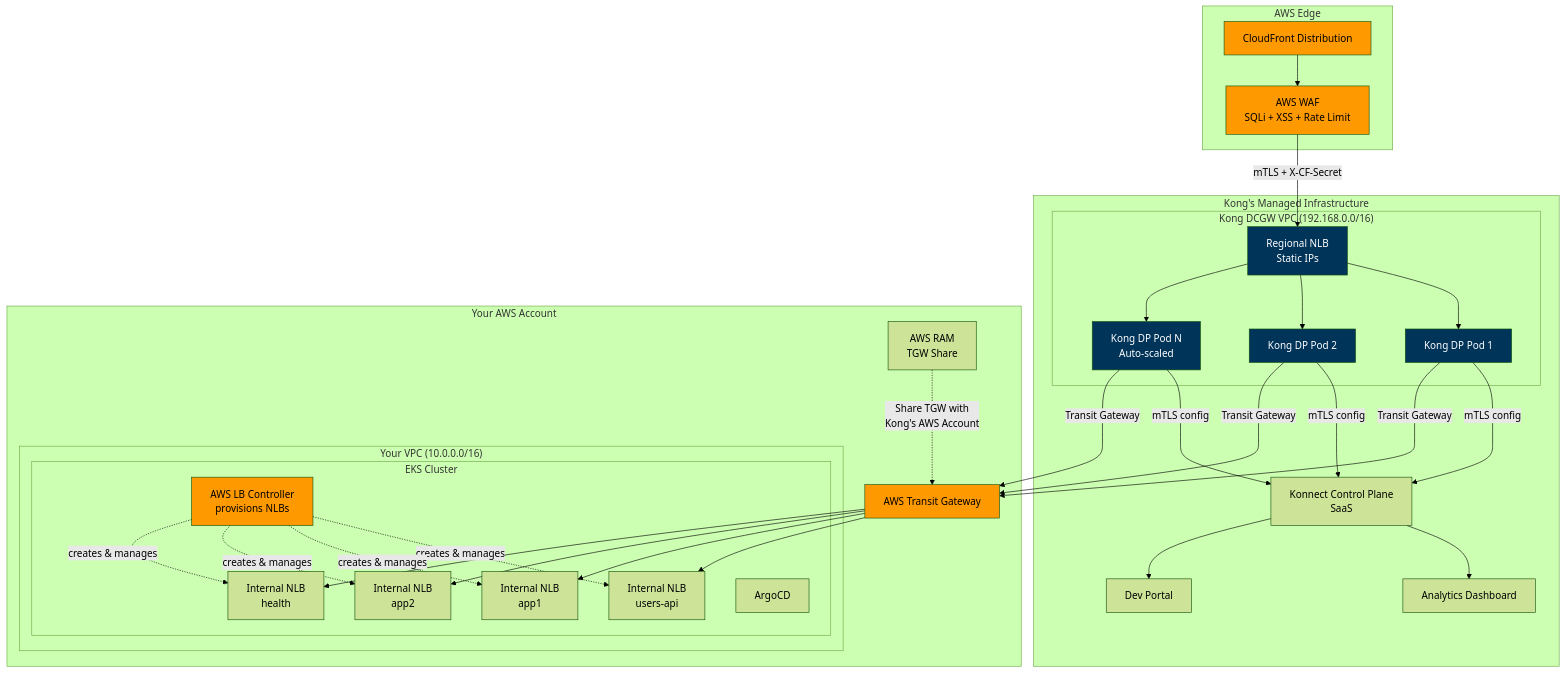
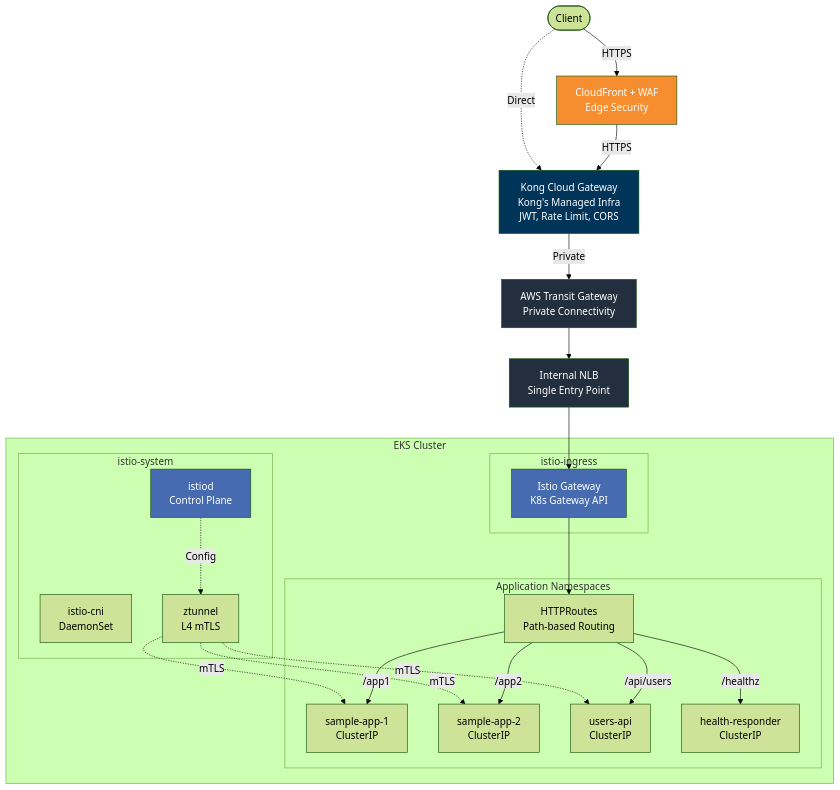
Before and after one commit to shanaka-versent/Kong-Konnect-Cloud-Gateway-on-EKS: the first of 3 diagrams in README.md, drawn with Mermaid (forest theme). The commit also changed other lines of this file and 35 other files, not shown here.

First line of the commit message:
Replace per-service NLBs with Istio Gateway API (Ambient) for single entry point routing

````diff
--- a/README.md
+++ b/README.md
@@ -33,53 +9,51 @@
 ```mermaid
 graph TB
-    subgraph "AWS Edge"
-        CF[CloudFront Distribution]
-        WAF[AWS WAF<br/>SQLi + XSS + Rate Limit]
-        CF --> WAF
+    Client([Client])
+    CF[CloudFront + WAF<br/>Edge Security]
+    Kong[Kong Cloud Gateway<br/>Kong's Managed Infra<br/>JWT, Rate Limit, CORS]
+    TGW[AWS Transit Gateway<br/>Private Connectivity]
+    NLB[Internal NLB<br/>Single Entry Point]
+    IGW[Istio Gateway<br/>K8s Gateway API]
+    HR[HTTPRoutes<br/>Path-based Routing]
+
+    subgraph EKS Cluster
+        subgraph istio-system
+            Istiod[istiod<br/>Control Plane]
+            CNI[istio-cni<br/>DaemonSet]
+            ZT[ztunnel<br/>L4 mTLS]
+        end
+        subgraph istio-ingress
+            IGW
+        end
+        subgraph Application Namespaces
+            HR
+            App1[sample-app-1<br/>ClusterIP]
+            App2[sample-app-2<br/>ClusterIP]
+            API[users-api<br/>ClusterIP]
+            Health[health-responder<br/>ClusterIP]
+        end
     end
 
-    subgraph "Kong's Managed Infrastructure"
-        subgraph "Kong DCGW VPC (192.168.0.0/16)"
-            K_NLB[Regional NLB<br/>Static IPs]
-            KDP1[Kong DP Pod 1]
-            KDP2[Kong DP Pod 2]
-            KDP3[Kong DP Pod N<br/>Auto-scaled]
-            K_NLB --> KDP1 & KDP2 & KDP3
-        end
-        KCP[Konnect Control Plane<br/>SaaS]
-        Analytics[Analytics Dashboard]
-        Portal[Dev Portal]
-        KCP --> Analytics & Portal
-    end
+    Client -->|HTTPS| CF
+    CF -->|HTTPS| Kong
+    Client -.->|Direct| Kong
+    Kong -->|Private| TGW
+    TGW --> NLB
+    NLB --> IGW
+    IGW --> HR
+    HR -->|/app1| App1
+    HR -->|/app2| App2
+    HR -->|/api/users| API
+    HR -->|/healthz| Health
+    Istiod -.->|Config| ZT
+    ZT -.->|mTLS| App1
+    ZT -.->|mTLS| App2
+    ZT -.->|mTLS| API
 
-    subgraph "Your AWS Account"
-        TGW[AWS Transit Gateway]
-        subgraph "Your VPC (10.0.0.0/16)"
-            subgraph "EKS Cluster"
-                LBC[AWS LB Controller<br/>provisions NLBs]
-                NLB1[Internal NLB<br/>users-api]
-                NLB2[Internal NLB<br/>app1]
-                NLB3[Internal NLB<br/>app2]
-                NLB4[Internal NLB<br/>health]
-                ArgoCD[ArgoCD]
-                LBC -.->|creates & manages| NLB1 & NLB2 & NLB3 & NLB4
-            end
-        end
-        RAM[AWS RAM<br/>TGW Share]
-    end
-
-    WAF -->|mTLS + X-CF-Secret| K_NLB
-    KDP1 & KDP2 & KDP3 -->|mTLS config| KCP
-    KDP1 & KDP2 & KDP3 -->|Transit Gateway| TGW
-    TGW --> NLB1 & NLB2 & NLB3 & NLB4
-    RAM -.->|Share TGW with<br/>Kong's AWS Account| TGW
-
-    style CF fill:#ff9900,color:#000
-    style WAF fill:#ff9900,color:#000
-    style K_NLB fill:#003459,color:#fff
-    style KDP1 fill:#003459,color:#fff
-    style KDP2 fill:#003459,color:#fff
-    style KDP3 fill:#003459,color:#fff
-    style TGW fill:#ff9900,color:#000
-    style LBC fill:#ff9900,color:#000
+    style Kong fill:#003459,color:#fff
+    style IGW fill:#466BB0,color:#fff
+    style Istiod fill:#466BB0,color:#fff
+    style CF fill:#F68D2E,color:#fff
+    style TGW fill:#232F3E,color:#fff
+    style NLB fill:#232F3E,color:#fff
 ```
````
